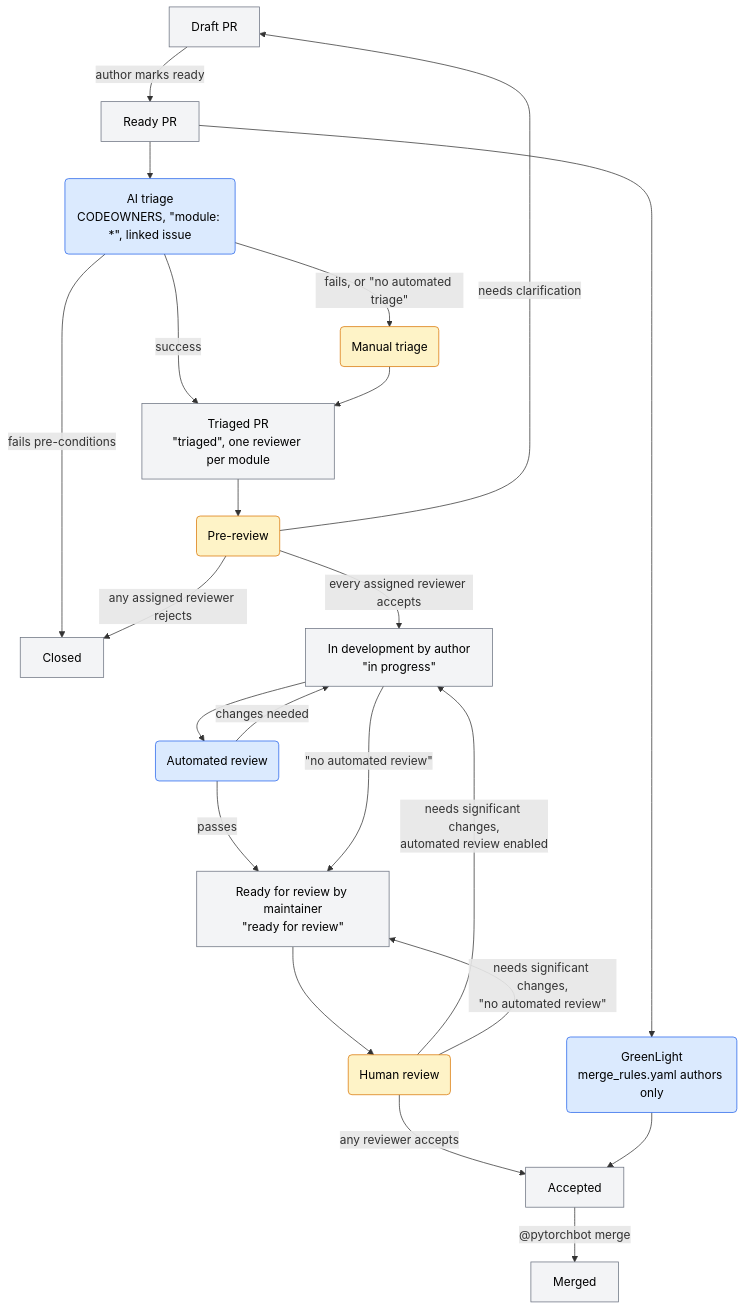
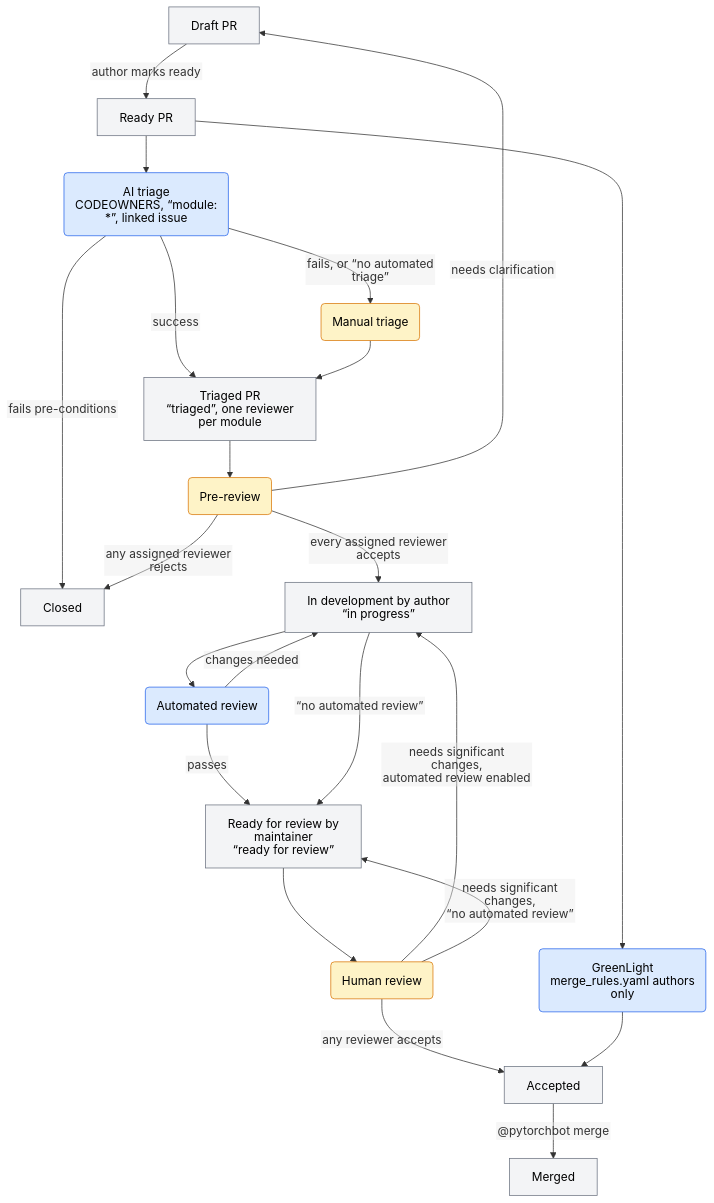
The second of 2 diagrams in CONTRIBUTING.md (pytorch/pytorch), drawn with Mermaid before and after one commit. The commit also changed other lines of this file, not shown here.

Commit message:
[docs] Fix CONTRIBUTING.md mermaid diagrams (#202614)
Agent assisted as always

but basically, i noticed the mermaid diagrams were cutting off text.  This PR switches both diagrams to SVG text labels (`htmlLabels: false`), which aren't clipped, and replaces the `#quot;` entities with curly quotes, since GitHub's Mermaid shows `&quot;` literally in SVG labels.

before:
<img width="1006" height="714" alt="image" src="https://github.com/user-attachments/assets/bc06987e-6d9f-44c1-9bf2-d47f3d174ab5" />

after:
<img width="872" height="513" alt="image" src="https://github.com/user-attachments/assets/2bf0c383-9935-47a0-ad4b-51f13eed7bbc" />

Stack from [ghstack](https://github.com/ezyang/ghstack/tree/0.15.0) (oldest at bottom):
* __->__ #202614
Approved by: https://github.com/albanD

````diff
--- a/CONTRIBUTING.md
+++ b/CONTRIBUTING.md
@@ -125,27 +126,28 @@
 ```mermaid
+%%{init: {"htmlLabels": false, "flowchart": {"htmlLabels": false}}}%%
 flowchart TD
     draft[Draft PR] -- author marks ready --> ready[Ready PR]
-    ready --> ai("AI triage<br/>CODEOWNERS, #quot;module: *#quot;, linked issue")
+    ready --> ai("AI triage<br/>CODEOWNERS, “module: *”, linked issue")
     ai -- fails pre-conditions --> closed[Closed]
-    ai -- success --> triaged["Triaged PR<br/>#quot;triaged#quot;, one reviewer per module"]
-    ai -- "fails, or #quot;no automated triage#quot;" --> htriage(Manual triage) --> triaged
+    ai -- success --> triaged["Triaged PR<br/>“triaged”, one reviewer per module"]
+    ai -- "fails, or “no automated triage”" --> htriage(Manual triage) --> triaged
     triaged --> pre(Pre-review)
     pre -- any assigned reviewer rejects --> closed
     pre -- needs clarification --> draft
-    pre -- every assigned reviewer accepts --> dev["In development by author<br/>#quot;in progress#quot;"]
-    dev --> auto(Automated review) -- passes --> rfr["Ready for review by maintainer<br/>#quot;ready for review#quot;"]
+    pre -- every assigned reviewer accepts --> dev["In development by author<br/>“in progress”"]
+    dev --> auto(Automated review) -- passes --> rfr["Ready for review by maintainer<br/>“ready for review”"]
     auto -- changes needed --> dev
-    dev -- "#quot;no automated review#quot;" --> rfr
+    dev -- "“no automated review”" --> rfr
     rfr --> review(Human review)
     review -- "needs significant changes,<br/>automated review enabled" --> dev
-    review -- "needs significant changes,<br/>#quot;no automated review#quot;" --> rfr
+    review -- "needs significant changes,<br/>“no automated review”" --> rfr
     review -- any reviewer accepts --> accepted[Accepted]
     ready --> gl("GreenLight<br/>merge_rules.yaml authors only") --> accepted
     accepted -- "@pytorchbot merge" --> merged[Merged]
     classDef state fill:#f3f4f6,stroke:#6b7280,color:#000
     classDef aiproc fill:#dbeafe,stroke:#2563eb,color:#000
     classDef humanproc fill:#fef3c7,stroke:#d97706,color:#000
     class draft,ready,closed,triaged,dev,rfr,accepted,merged state
     class ai,auto,gl aiproc
     class htriage,pre,review humanproc
 ```
````
